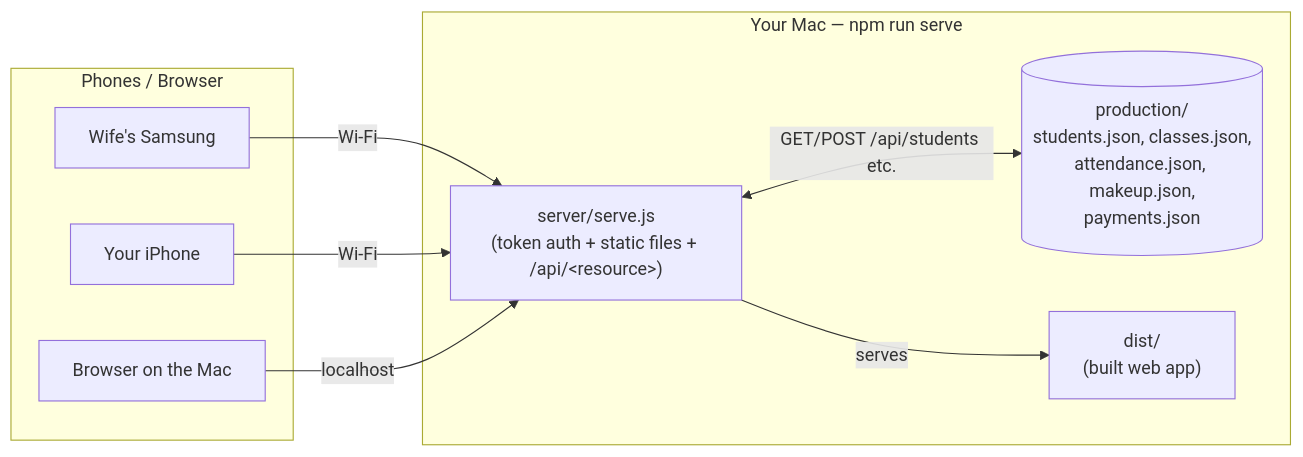
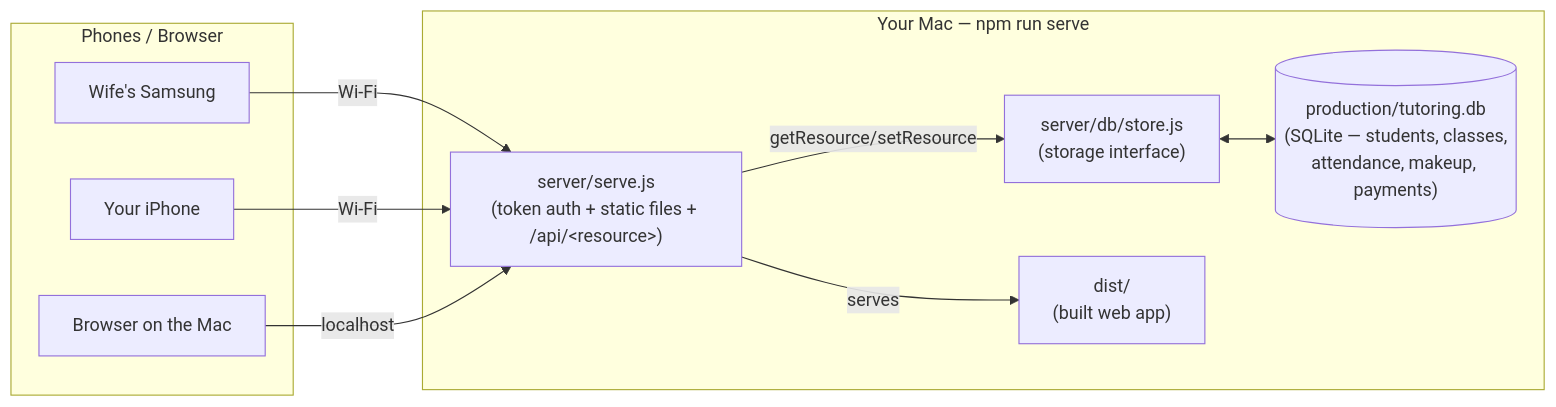
One commit to daljeetss/Student_Inventory changed the first of 3 diagrams in DESIGN.md. Above: the diagram before and after it, drawn with Mermaid. The commit also changed other lines of this file and 18 other files, not shown here.

````diff
--- a/DESIGN.md
+++ b/DESIGN.md
@@ -11,20 +11,22 @@
 ```mermaid
 flowchart LR
     subgraph Phones["Phones / Browser"]
         A[Wife's Samsung]
         B[Your iPhone]
         C[Browser on the Mac]
     end
 
     subgraph Mac["Your Mac — npm run serve"]
         S["server/serve.js<br/>(token auth + static files + /api/&lt;resource&gt;)"]
-        D[("production/<br/>students.json, classes.json,<br/>attendance.json, makeup.json,<br/>payments.json")]
+        ST["server/db/store.js<br/>(storage interface)"]
+        D[("production/tutoring.db<br/>(SQLite — students, classes,<br/>attendance, makeup, payments)")]
         W["dist/<br/>(built web app)"]
     end
 
     A -- Wi-Fi --> S
     B -- Wi-Fi --> S
     C -- localhost --> S
     S -- serves --> W
-    S <-->|GET/POST /api/students etc.| D
+    S -->|getResource/setResource| ST
+    ST <--> D
 ```
````
